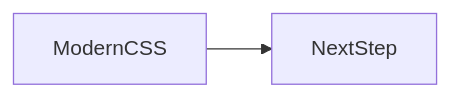
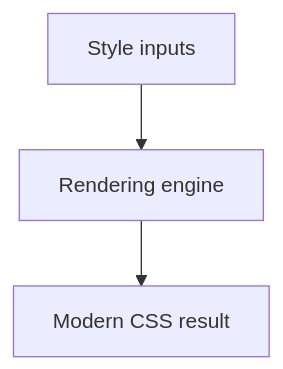
Before and after one commit to OmidJavaherii/Frontend-Engineering-Handbook: the second of 2 diagrams in docs/en/05-css/modern-css/index.md, drawn with Mermaid. The commit also changed other lines of this file and 461 other files, not shown here.

````diff
--- a/docs/en/05-css/modern-css/index.md
+++ b/docs/en/05-css/modern-css/index.md
@@ -94,4 +110,5 @@
 ```mermaid
-flowchart LR
-  concept[ModernCSS] --> nextStep[NextStep]
+flowchart TD
+  Input[Style inputs] --> Engine[Rendering engine]
+  Engine --> Out[Modern CSS result]
 ```
````
